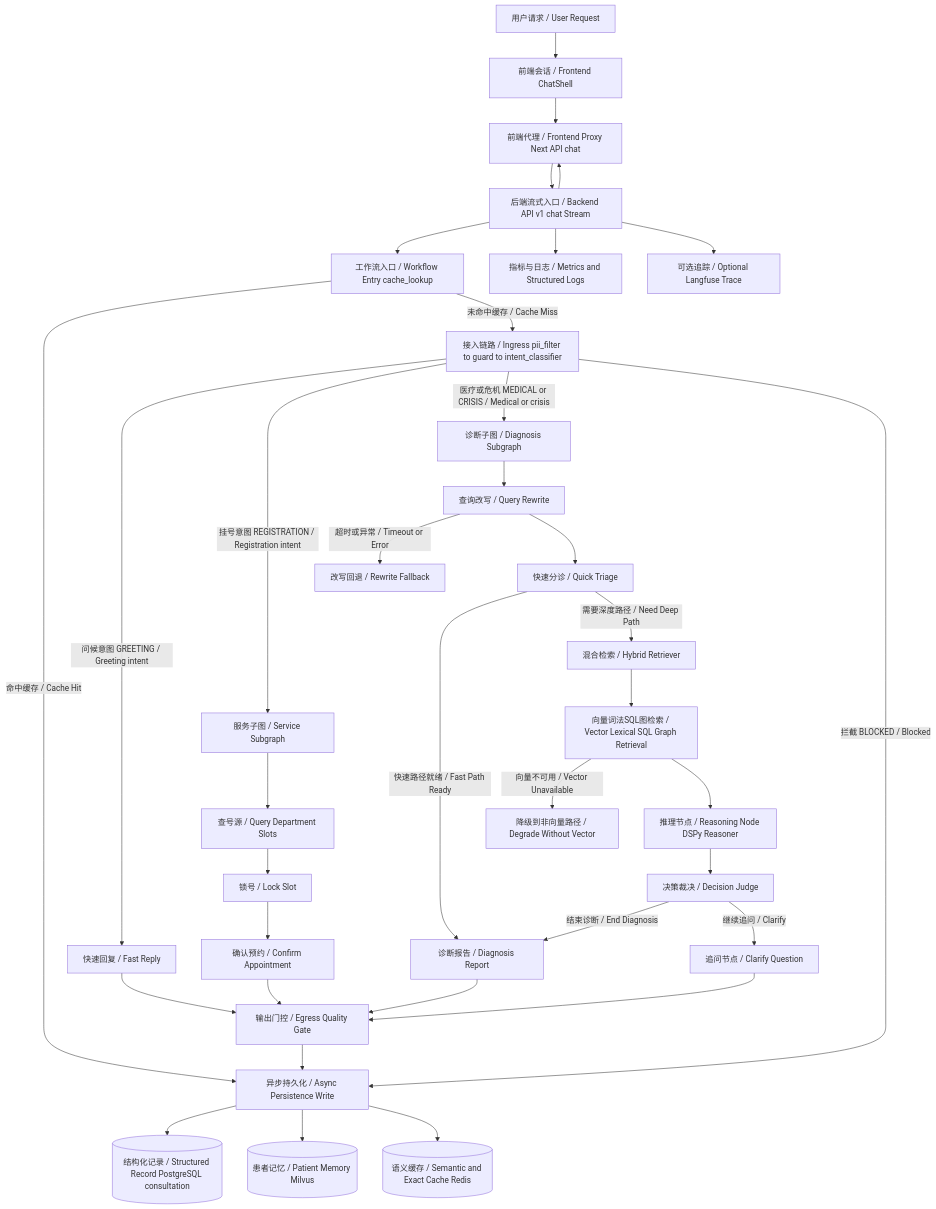
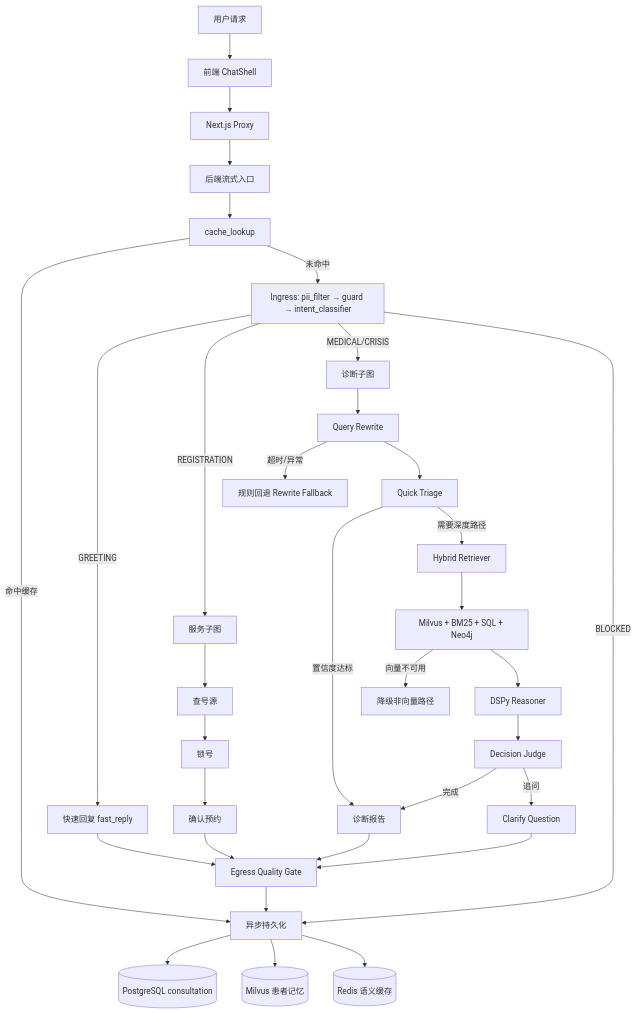
Before and after one commit to standbyme626/smart_hospital_agent: the third of 3 diagrams in README.md, drawn with Mermaid. The commit also changed other lines of this file, not shown here.

````diff
--- a/README.md
+++ b/README.md
@@ -201,46 +271,42 @@
 ```mermaid
 flowchart TD
-    A[用户请求 / User Request] --> B[前端会话 / Frontend ChatShell]
-    B --> C[前端代理 / Frontend Proxy Next API chat]
-    C --> D[后端流式入口 / Backend API v1 chat Stream]
-    D --> E[工作流入口 / Workflow Entry cache_lookup]
+    A[用户请求] --> B[前端 ChatShell]
+    B --> C[Next.js Proxy]
+    C --> D[后端流式入口]
+    D --> E[cache_lookup]
 
-    E -->|命中缓存 / Cache Hit| P[异步持久化 / Async Persistence Write]
-    E -->|未命中缓存 / Cache Miss| F[接入链路 / Ingress pii_filter to guard to intent_classifier]
+    E -->|命中缓存| P[异步持久化]
+    E -->|未命中| F[Ingress: pii_filter → guard → intent_classifier]
 
-    F -->|问候意图 GREETING / Greeting intent| G1[快速回复 / Fast Reply]
-    F -->|挂号意图 REGISTRATION / Registration intent| G2[服务子图 / Service Subgraph]
-    F -->|医疗或危机 MEDICAL or CRISIS / Medical or crisis| G3[诊断子图 / Diagnosis Subgraph]
-    F -->|拦截 BLOCKED / Blocked| P
+    F -->|GREETING| G1[快速回复 fast_reply]
+    F -->|REGISTRATION| G2[服务子图]
+    F -->|MEDICAL/CRISIS| G3[诊断子图]
+    F -->|BLOCKED| P
 
-    G3 --> H1[查询改写 / Query Rewrite]
-    H1 -->|超时或异常 / Timeout or Error| H1F[改写回退 / Rewrite Fallback]
-    H1 --> H2[快速分诊 / Quick Triage]
-    H2 -->|快速路径就绪 / Fast Path Ready| H6[诊断报告 / Diagnosis Report]
-    H2 -->|需要深度路径 / Need Deep Path| H3[混合检索 / Hybrid Retriever]
+    G3 --> H1[Query Rewrite]
+    H1 -->|超时/异常| H1F[规则回退 Rewrite Fallback]
+    H1 --> H2[Quick Triage]
+    H2 -->|置信度达标| H6[诊断报告]
+    H2 -->|需要深度路径| H3[Hybrid Retriever]
 
-    H3 --> H31[向量词法SQL图检索 / Vector Lexical SQL Graph Retrieval]
-    H31 -->|向量不可用 / Vector Unavailable| H31F[降级到非向量路径 / Degrade Without Vector]
-    H31 --> H4[推理节点 / Reasoning Node DSPy Reasoner]
-    H4 --> H5[决策裁决 / Decision Judge]
-    H5 -->|结束诊断 / End Diagnosis| H6
-    H5 -->|继续追问 / Clarify| H7[追问节点 / Clarify Question]
+    H3 --> H31[Milvus + BM25 + SQL + Neo4j]
+    H31 -->|向量不可用| H31F[降级非向量路径]
+    H31 --> H4[DSPy Reasoner]
+    H4 --> H5[Decision Judge]
+    H5 -->|完成| H6
+    H5 -->|追问| H7[Clarify Question]
 
-    G2 --> S1[查号源 / Query Department Slots]
-    S1 --> S2[锁号 / Lock Slot]
-    S2 --> S3[确认预约 / Confirm Appointment]
+    G2 --> S1[查号源]
+    S1 --> S2[锁号]
+    S2 --> S3[确认预约]
 
-    G1 --> O[输出门控 / Egress Quality Gate]
+    G1 --> O[Egress Quality Gate]
     H6 --> O
     H7 --> O
     S3 --> O
     O --> P
 
-    P --> M1[(结构化记录 / Structured Record PostgreSQL consultation)]
-    P --> M2[(患者记忆 / Patient Memory Milvus)]
-    P --> M3[(语义缓存 / Semantic and Exact Cache Redis)]
-
-    D --> X1[指标与日志 / Metrics and Structured Logs]
-    D --> X2[可选追踪 / Optional Langfuse Trace]
-    D --> C
+    P --> M1[(PostgreSQL consultation)]
+    P --> M2[(Milvus 患者记忆)]
+    P --> M3[(Redis 语义缓存)]
 ```
````
